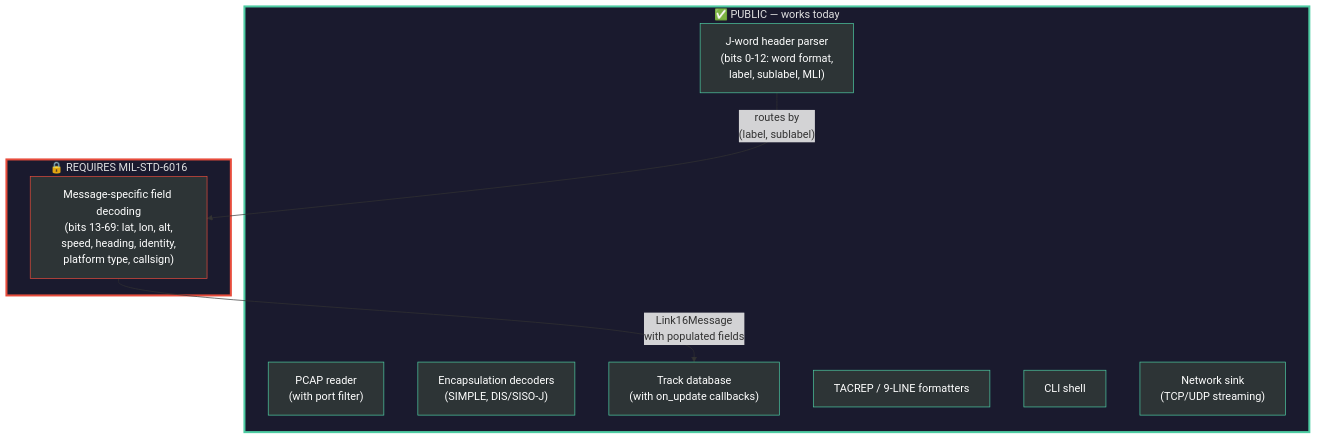
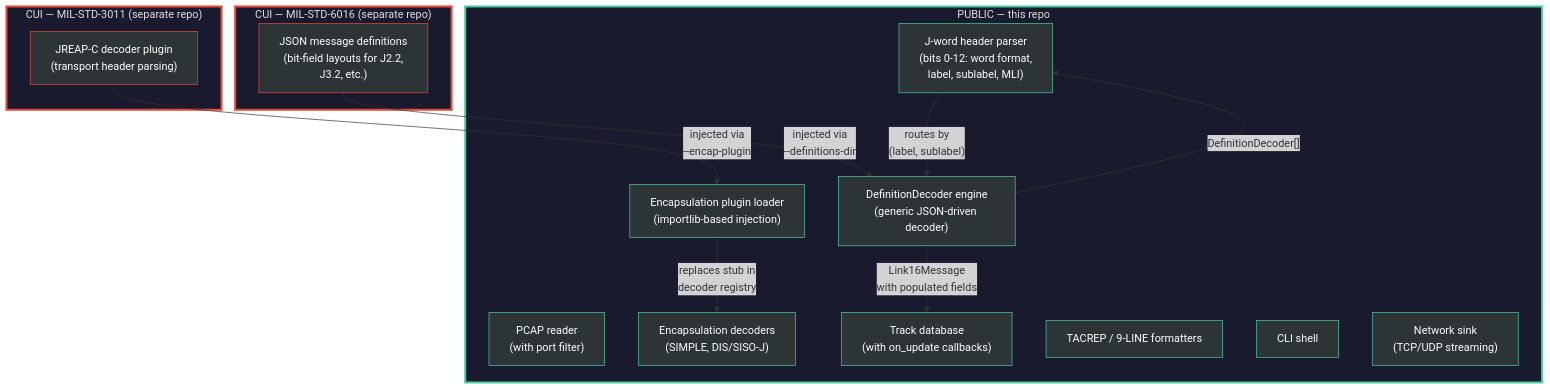
The fifth of 5 diagrams in ARCHITECTURE.md (tellerj/parser), drawn with Mermaid before and after one commit. The commit also changed other lines of this file and 1 other file, not shown here.

First line of the commit message:
Update ARCHITECTURE.md and encapsulation docstring for CUI injection model

````diff
--- a/ARCHITECTURE.md
+++ b/ARCHITECTURE.md
@@ -210,30 +211,44 @@
 ```mermaid
 flowchart TB
-    subgraph public["✅ PUBLIC — works today"]
+    subgraph public["PUBLIC — this repo"]
         A["PCAP reader<br/>(with port filter)"]
         B["Encapsulation decoders<br/>(SIMPLE, DIS/SISO-J)"]
         C["J-word header parser<br/>(bits 0-12: word format,<br/>label, sublabel, MLI)"]
         D["Track database<br/>(with on_update callbacks)"]
         E["TACREP / 9-LINE formatters"]
         F["CLI shell"]
         H["Network sink<br/>(TCP/UDP streaming)"]
+        I["DefinitionDecoder engine<br/>(generic JSON-driven decoder)"]
+        J["Encapsulation plugin loader<br/>(importlib-based injection)"]
     end
 
-    subgraph restricted["🔒 REQUIRES MIL-STD-6016"]
-        G["Message-specific field decoding<br/>(bits 13-69: lat, lon, alt,<br/>speed, heading, identity,<br/>platform type, callsign)"]
+    subgraph cui_6016["CUI — MIL-STD-6016 (separate repo)"]
+        G["JSON message definitions<br/>(bit-field layouts for J2.2,<br/>J3.2, etc.)"]
     end
 
-    C -->|"routes by<br/>(label, sublabel)"| G
-    G -->|"Link16Message<br/>with populated fields"| D
+    subgraph cui_3011["CUI — MIL-STD-3011 (separate repo)"]
+        K["JREAP-C decoder plugin<br/>(transport header parsing)"]
+    end
+
+    G -->|"injected via<br/>--definitions-dir"| I
+    I -->|"DefinitionDecoder[]"| C
+    C -->|"routes by<br/>(label, sublabel)"| I
+    I -->|"Link16Message<br/>with populated fields"| D
+    K -->|"injected via<br/>--encap-plugin"| J
+    J -->|"replaces stub in<br/>decoder registry"| B
 
     style public fill:#1a1a2e,stroke:#4ecca3,stroke-width:3px,color:#e0e0e0
-    style restricted fill:#1a1a2e,stroke:#e74c3c,stroke-width:3px,color:#e0e0e0
+    style cui_6016 fill:#1a1a2e,stroke:#e74c3c,stroke-width:3px,color:#e0e0e0
+    style cui_3011 fill:#1a1a2e,stroke:#e74c3c,stroke-width:3px,color:#e0e0e0
     style A fill:#2d3436,stroke:#4ecca3,color:#fff
     style B fill:#2d3436,stroke:#4ecca3,color:#fff
     style C fill:#2d3436,stroke:#4ecca3,color:#fff
     style D fill:#2d3436,stroke:#4ecca3,color:#fff
     style E fill:#2d3436,stroke:#4ecca3,color:#fff
     style F fill:#2d3436,stroke:#4ecca3,color:#fff
     style H fill:#2d3436,stroke:#4ecca3,color:#fff
+    style I fill:#2d3436,stroke:#4ecca3,color:#fff
+    style J fill:#2d3436,stroke:#4ecca3,color:#fff
     style G fill:#2d3436,stroke:#e74c3c,color:#fff
+    style K fill:#2d3436,stroke:#e74c3c,color:#fff
 ```
````
